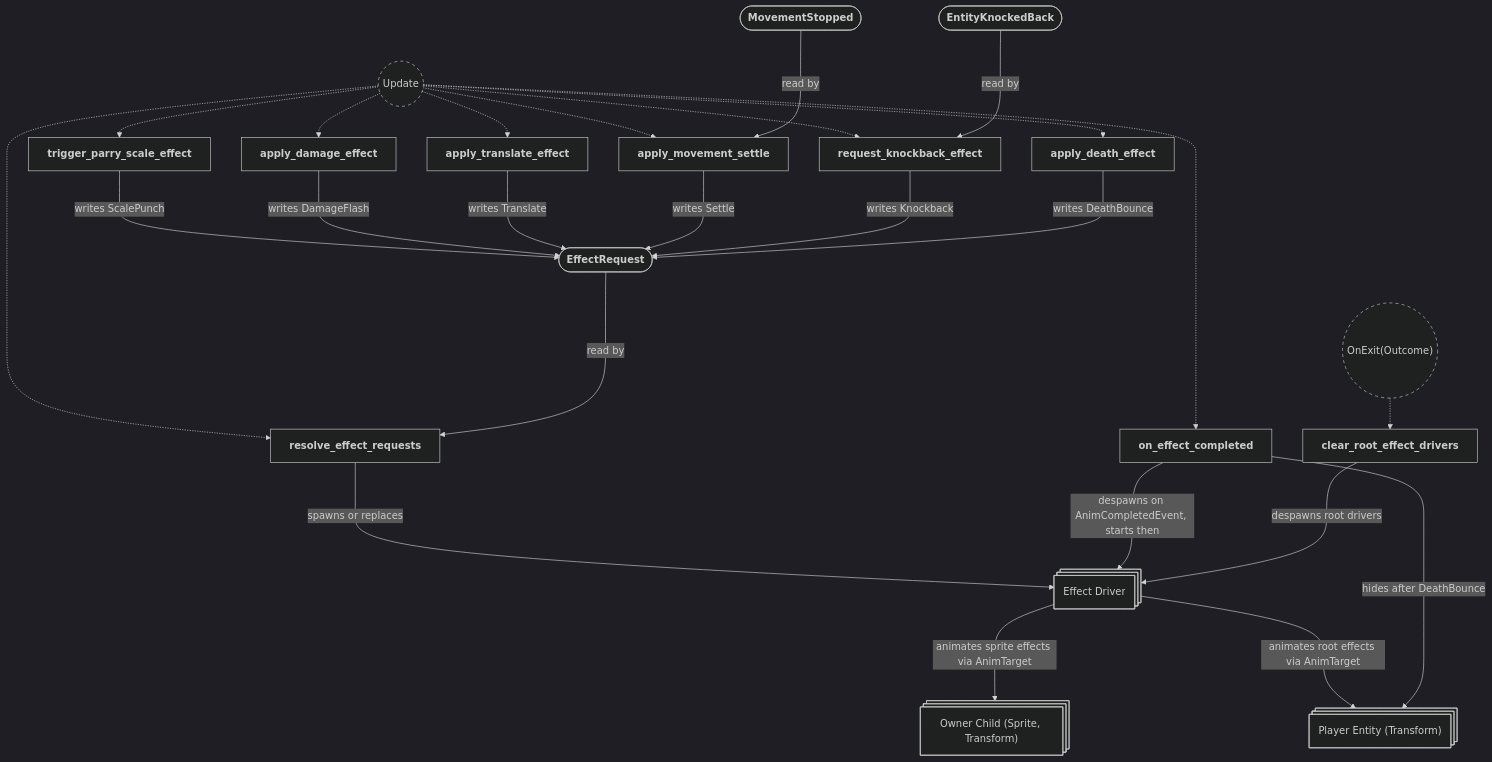
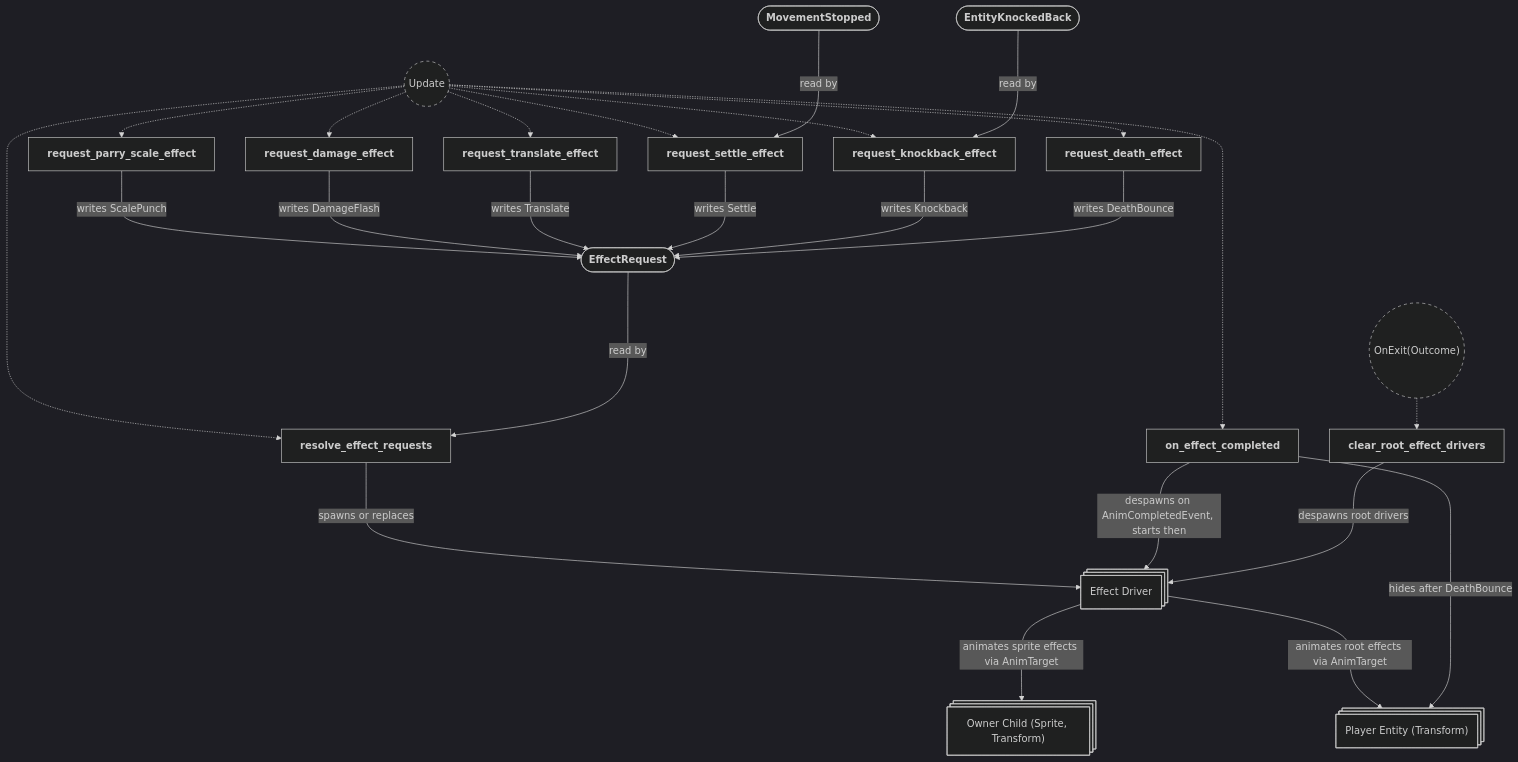
Before and after one commit to neurosoup/tyled: diagram 22 of 22 in backlog/docs/doc-10 - 008-Effects-plugin.md, drawn with Mermaid. The commit also changed other lines of this file and 3 other files, not shown here.

First line of the commit message:
Docs: rewrite doc-11 damage plugin, diagrams in doc-10; rename effect request systems

````diff
--- a/backlog/docs/doc-10 - 008-Effects-plugin.md
+++ b/backlog/docs/doc-10 - 008-Effects-plugin.md
@@ -916,55 +1005,55 @@
 ```mermaid
 ---
 config:
   theme: dark
 ---
 
 flowchart TD
 classDef system-group stroke-dasharray: 5 5
 
 update(("`Update`")):::system-group
 exit_outcome(("`OnExit(Outcome)`")):::system-group
 
-trigger_parry_scale_effect["`**trigger_parry_scale_effect**`"]
-apply_damage_effect["`**apply_damage_effect**`"]
-apply_translate_effect["`**apply_translate_effect**`"]
-apply_movement_settle["`**apply_movement_settle**`"]
+request_parry_scale_effect["`**request_parry_scale_effect**`"]
+request_damage_effect["`**request_damage_effect**`"]
+request_translate_effect["`**request_translate_effect**`"]
+request_settle_effect["`**request_settle_effect**`"]
 request_knockback_effect["`**request_knockback_effect**`"]
-apply_death_effect["`**apply_death_effect**`"]
+request_death_effect["`**request_death_effect**`"]
 on_effect_completed["`**on_effect_completed**`"]
 resolve_effect_requests["`**resolve_effect_requests**`"]
 clear_root_effect_drivers["`**clear_root_effect_drivers**`"]
 
-update -.-> trigger_parry_scale_effect
-update -.-> apply_damage_effect
-update -.-> apply_translate_effect
-update -.-> apply_movement_settle
+update -.-> request_parry_scale_effect
+update -.-> request_damage_effect
+update -.-> request_translate_effect
+update -.-> request_settle_effect
 update -.-> request_knockback_effect
-update -.-> apply_death_effect
+update -.-> request_death_effect
 update -.-> on_effect_completed
 update -.-> resolve_effect_requests
 exit_outcome -.-> clear_root_effect_drivers
 
 effect_request(["`**EffectRequest**`"])
 driver_entity@{ shape: st-rect, label: "Effect Driver" }
 sprite_entity@{ shape: st-rect, label: "Owner Child (Sprite, Transform)" }
 player_entity@{ shape: st-rect, label: "Player Entity (Transform)" }
 
-trigger_parry_scale_effect ---> |writes ScalePunch| effect_request
-apply_damage_effect ---> |writes DamageFlash| effect_request
-apply_translate_effect ---> |writes Translate| effect_request
+request_parry_scale_effect ---> |writes ScalePunch| effect_request
+request_damage_effect ---> |writes DamageFlash| effect_request
+request_translate_effect ---> |writes Translate| effect_request
 movement_stopped_message(["`**MovementStopped**`"])
-movement_stopped_message ---> |read by| apply_movement_settle
-apply_movement_settle ---> |writes Settle| effect_request
+movement_stopped_message ---> |read by| request_settle_effect
+request_settle_effect ---> |writes Settle| effect_request
 entity_knocked_back_message(["`**EntityKnockedBack**`"])
 entity_knocked_back_message ---> |read by| request_knockback_effect
 request_knockback_effect ---> |writes Knockback| effect_request
-apply_death_effect ---> |writes DeathBounce| effect_request
+request_death_effect ---> |writes DeathBounce| effect_request
 effect_request ---> |read by| resolve_effect_requests
 resolve_effect_requests ---> |spawns or replaces| driver_entity
 driver_entity ---> |animates sprite effects via AnimTarget| sprite_entity
 driver_entity ---> |animates root effects via AnimTarget| player_entity
 on_effect_completed ---> |despawns on AnimCompletedEvent, starts then| driver_entity
 on_effect_completed ---> |hides after DeathBounce| player_entity
 clear_root_effect_drivers ---> |despawns root drivers| driver_entity
 ```
````
